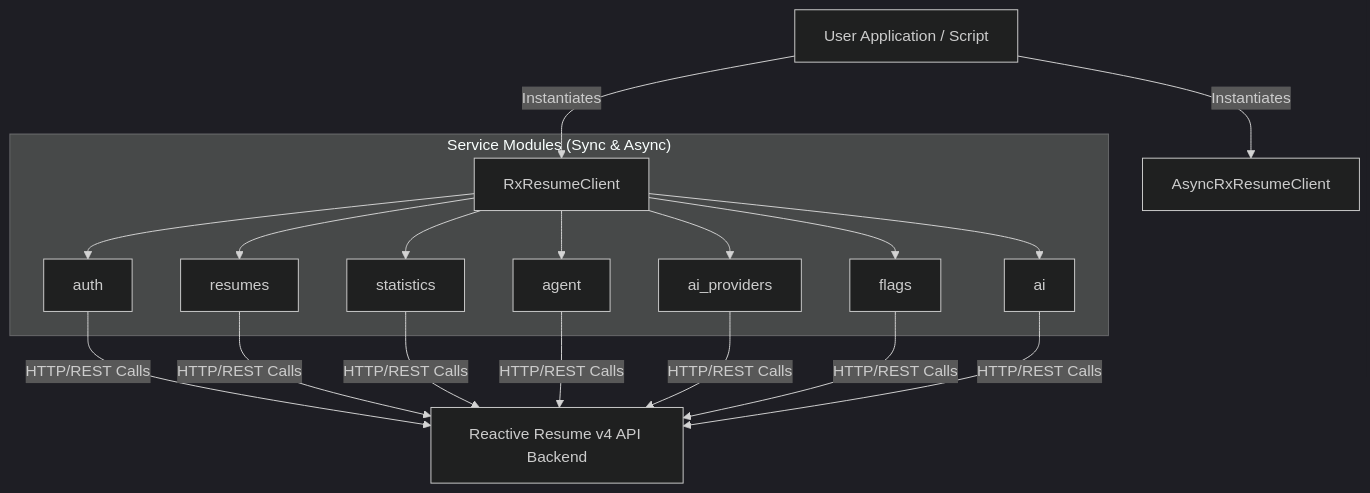
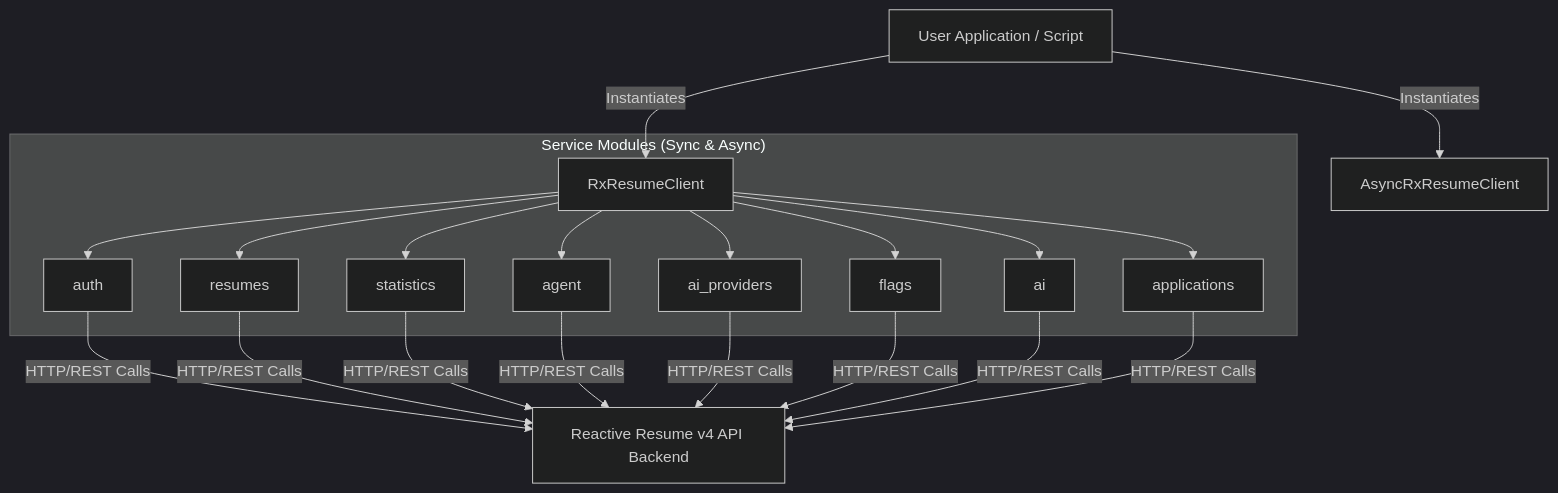
One commit to AtaCanYmc/reactive-resume-api-client-py changed the diagram in README.md. Above: the diagram before and after it, drawn with Mermaid (dark theme). The commit also changed other lines of this file and 3 other files, not shown here.

````diff
--- a/README.md
+++ b/README.md
@@ -25,23 +25,25 @@
 ```mermaid
 graph TD
     UserApp[User Application / Script] -->|Instantiates| SyncClient[RxResumeClient]
     UserApp -->|Instantiates| AsyncClient[AsyncRxResumeClient]
 
     subgraph "Service Modules (Sync & Async)"
         SyncClient --> Auth[auth]
         SyncClient --> Resumes[resumes]
         SyncClient --> Stats[statistics]
         SyncClient --> Agent[agent]
         SyncClient --> AIProviders[ai_providers]
         SyncClient --> Flags[flags]
         SyncClient --> AI[ai]
+        SyncClient --> Applications[applications]
     end
 
     Auth -->|HTTP/REST Calls| Backend[Reactive Resume v4 API Backend]
     Resumes -->|HTTP/REST Calls| Backend
     Stats -->|HTTP/REST Calls| Backend
     Agent -->|HTTP/REST Calls| Backend
     AIProviders -->|HTTP/REST Calls| Backend
     Flags -->|HTTP/REST Calls| Backend
     AI -->|HTTP/REST Calls| Backend
+    Applications -->|HTTP/REST Calls| Backend
 ```
````
